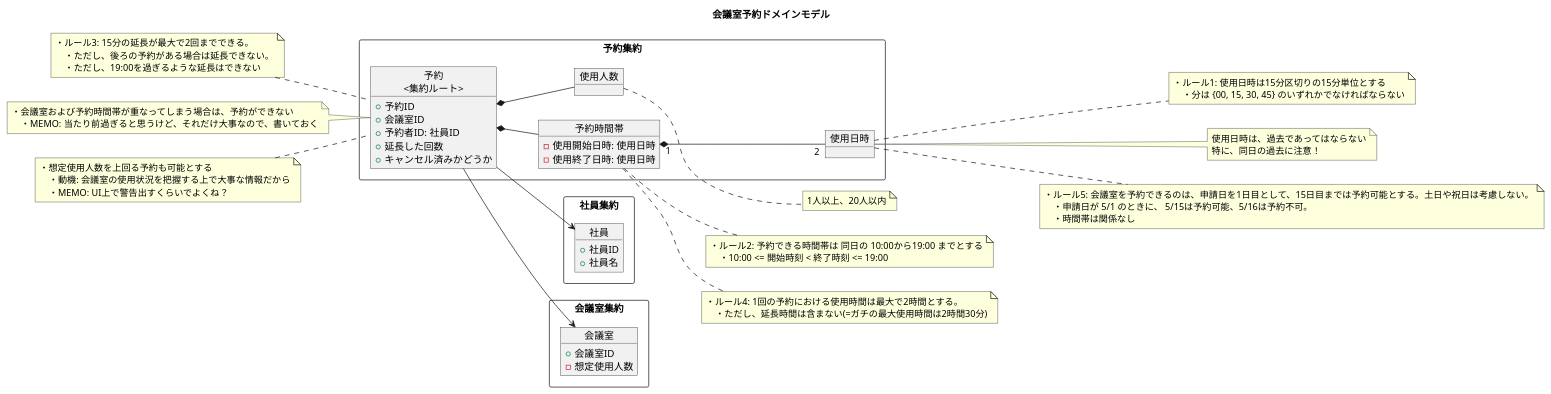
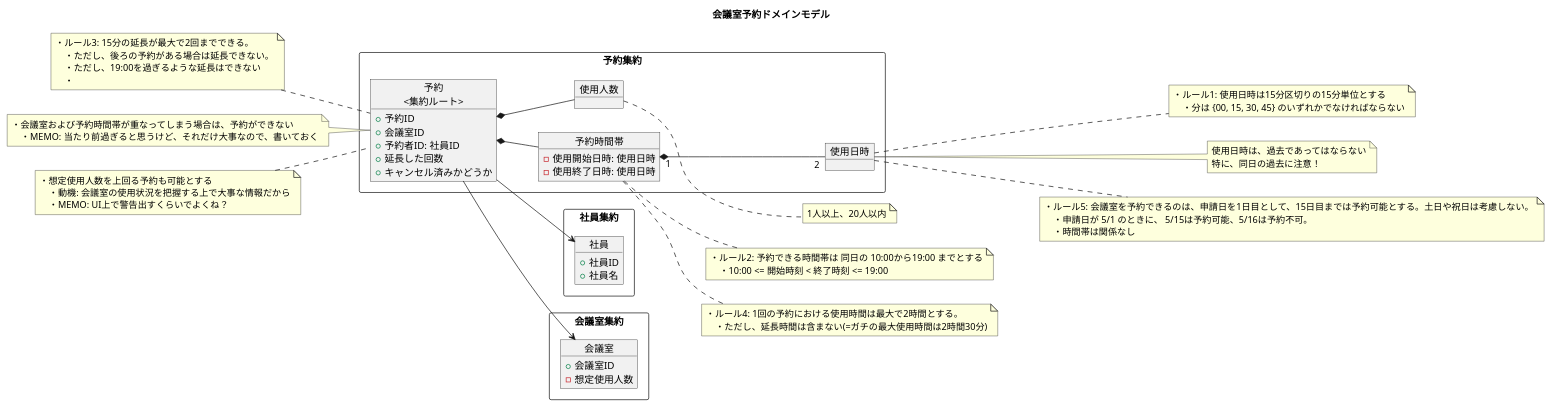
The diagram in diagram/ドメインモデル.puml (ModelingKai/meeting-room-python), drawn with PlantUML before and after one commit. The commit also changed 3 other files, not shown here.

First line of the commit message:
次回、ユースケースや業務フロー図を考えるところから始める

```diff
--- a/diagram/ドメインモデル.puml
+++ b/diagram/ドメインモデル.puml
@@ -1,103 +1,106 @@
 @startuml
 
 title 会議室予約ドメインモデル
 
 left to right direction
 
 rectangle 社員集約 {
     object 社員 {
         + 社員ID
         + 社員名
     }
 }
 
 rectangle 予約集約 {
     object "予約\n<集約ルート>" as c1 {
         + 予約ID
         + 会議室ID
         + 予約者ID: 社員ID
         + 延長した回数
         + キャンセル済みかどうか
     }
 
     object 使用人数 {
     }
 
     object 予約時間帯 {
         - 使用開始日時: 使用日時
         - 使用終了日時: 使用日時
     }
 
 
     object 使用日時 {
     }
 }
 
 
 rectangle 会議室集約 {
     object 会議室 {
         + 会議室ID
         - 想定使用人数
     }
 }
 
 
 c1 --> 会議室
 c1 --> 社員
 c1 *-- 使用人数
 c1 *-- 予約時間帯
 予約時間帯 "1" *-- "2" 使用日時
 
 ' ===== 予約 =====
 note left of c1
 ・ルール3: 15分の延長が最大で2回までできる。
     ・ただし、後ろの予約がある場合は延長できない。
     ・ただし、19:00を過ぎるような延長はできない
+    ・
 end note
 
 note left of c1
 ・会議室および予約時間帯が重なってしまう場合は、予約ができない
     ・MEMO: 当たり前過ぎると思うけど、それだけ大事なので、書いておく
 end note
 
 note left of c1
 ・想定使用人数を上回る予約も可能とする
     ・動機: 会議室の使用状況を把握する上で大事な情報だから
     ・MEMO: UI上で警告出すくらいでよくね？
 end note
+
+
 
 ' ===== 予約時間帯 =====
 note right of 予約時間帯
 ・ルール2: 予約できる時間帯は 同日の 10:00から19:00 までとする
     ・10:00 <= 開始時刻 < 終了時刻 <= 19:00
 end note
 
 
 note right of 予約時間帯
 ・ルール4: 1回の予約における使用時間は最大で2時間とする。
     ・ただし、延長時間は含まない(=ガチの最大使用時間は2時間30分)
 end note
 
 
 ' ===== 使用日時 =====
 note right of 使用日時
 ・ルール1: 使用日時は15分区切りの15分単位とする
     ・分は {00, 15, 30, 45} のいずれかでなければならない
 end note
 
 note right of 使用日時
 使用日時は、過去であってはならない
 特に、同日の過去に注意！
 end note
 
 note right of 使用日時
 ・ルール5: 会議室を予約できるのは、申請日を1日目として、15日目までは予約可能とする。土日や祝日は考慮しない。
     ・申請日が 5/1 のときに、 5/15は予約可能、5/16は予約不可。
     ・時間帯は関係なし
 end note
 
 note right of 使用人数
 1人以上、20人以内
 end note
 
 @enduml
```
